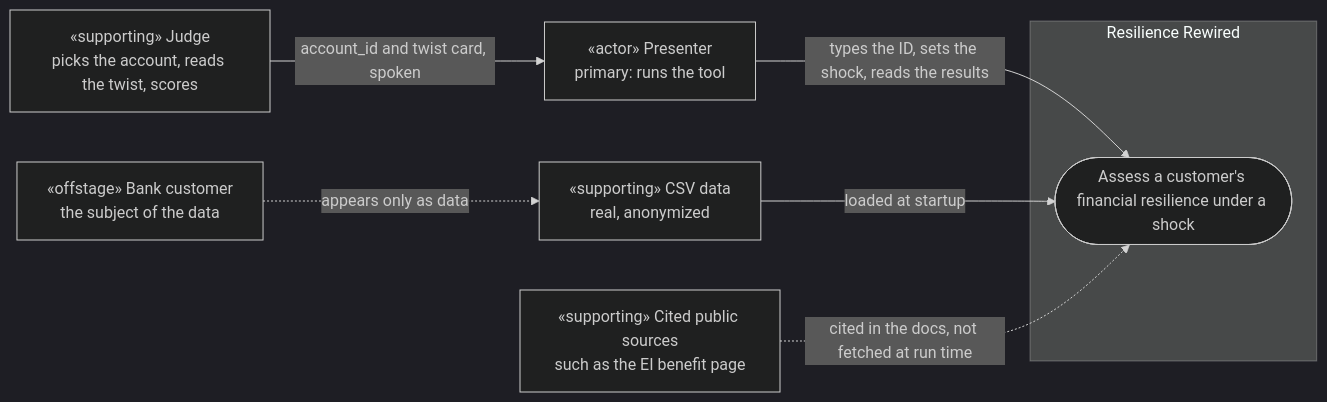
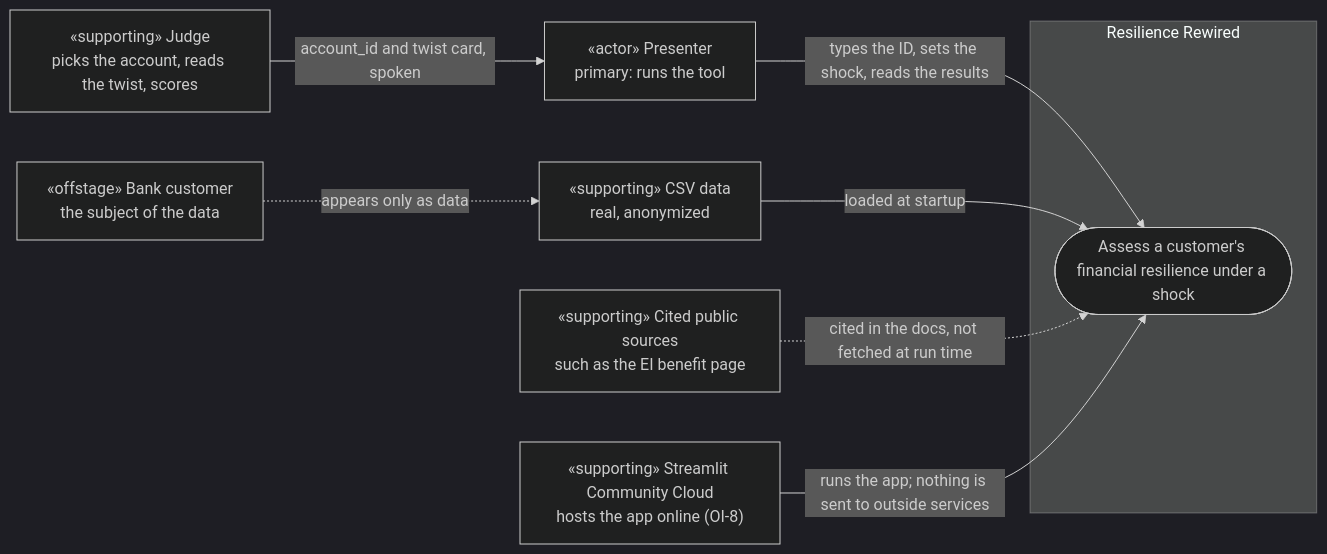
The diagram in docs/inception/system_context.md (mikhailajaj/Resilience_Rewired), drawn with Mermaid (dark theme) before and after one commit. The commit also changed other lines of this file and 86 other files, not shown here.

````diff
--- a/docs/inception/system_context.md
+++ b/docs/inception/system_context.md
@@ -7,18 +7,20 @@
 ```mermaid
 flowchart LR
     presenter["«actor» Presenter<br/>primary: runs the tool"]
     judge["«supporting» Judge<br/>picks the account, reads the twist, scores"]
     customer["«offstage» Bank customer<br/>the subject of the data"]
     csv["«supporting» CSV data<br/>real, anonymized"]
     sources["«supporting» Cited public sources<br/>such as the EI benefit page"]
+    host["«supporting» Streamlit Community Cloud<br/>hosts the app online (OI-8)"]
 
     subgraph boundary["Resilience Rewired"]
         summary(["Assess a customer's financial resilience under a shock"])
     end
 
     judge -->|"account_id and twist card, spoken"| presenter
     presenter -->|"types the ID, sets the shock, reads the results"| summary
     csv -->|"loaded at startup"| summary
     sources -.->|"cited in the docs, not fetched at run time"| summary
     customer -.->|"appears only as data"| csv
+    host -->|"runs the app; nothing is sent to outside services"| summary
 ```
````
